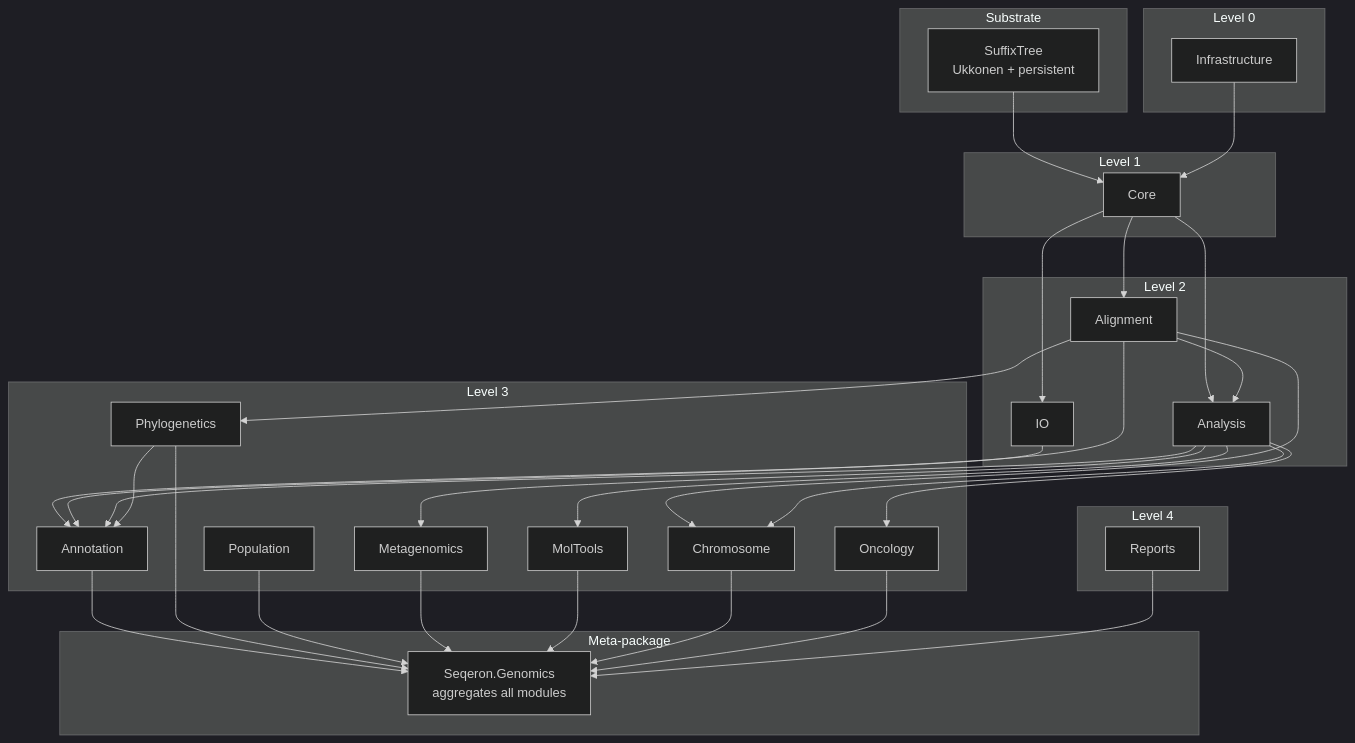
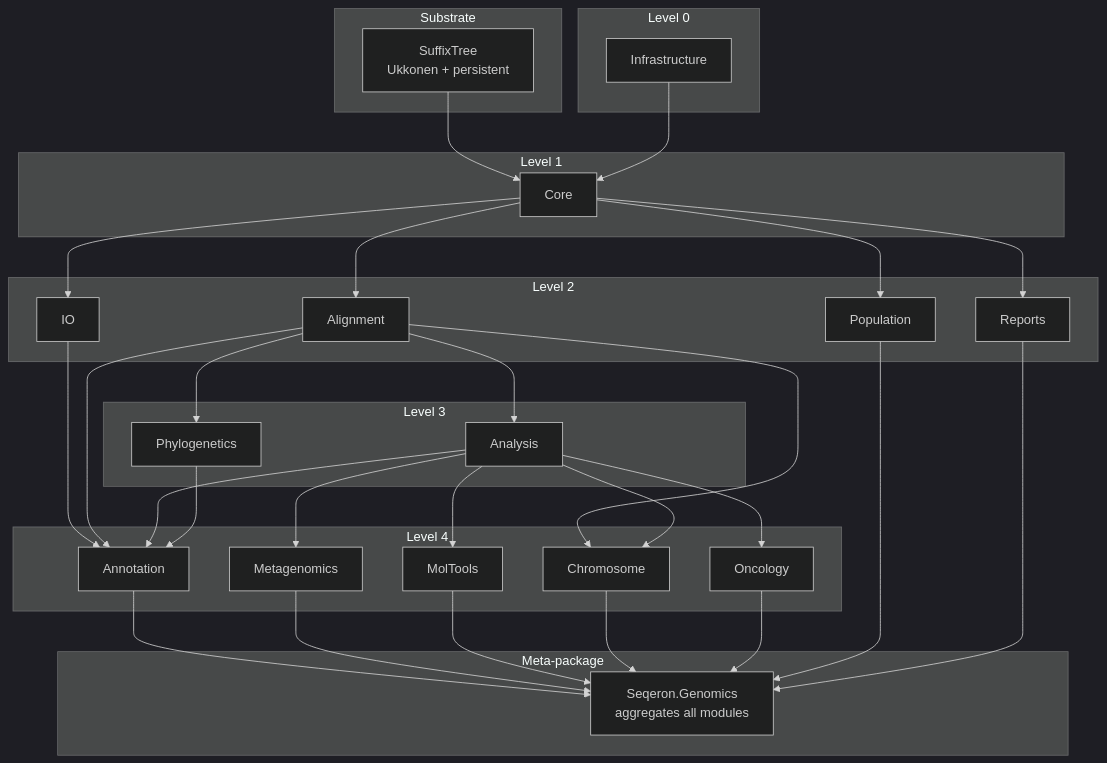
The second of 2 diagrams in README.md (AlexanderV/Seqeron), drawn with Mermaid (dark theme) before and after one commit. The commit also changed other lines of this file and 11 other files, not shown here.

First line of the commit message:
docs(readme): fix architecture diagram, refresh metrics, perfect examples

````diff
--- a/README.md
+++ b/README.md
@@ -299,59 +308,60 @@
 ```mermaid
 graph TD
     subgraph "Substrate"
         ST[SuffixTree<br/>Ukkonen + persistent]
     end
     subgraph "Level 0"
         INF[Infrastructure]
     end
     subgraph "Level 1"
         CORE[Core]
     end
     subgraph "Level 2"
         IO[IO]
         ALN[Alignment]
-        ANA[Analysis]
+        POP[Population]
+        REP[Reports]
     end
     subgraph "Level 3"
+        ANA[Analysis]
+        PHY[Phylogenetics]
+    end
+    subgraph "Level 4"
         ANN[Annotation]
-        PHY[Phylogenetics]
-        POP[Population]
         META[Metagenomics]
         MOL[MolTools]
         CHR[Chromosome]
         ONC[Oncology]
-    end
-    subgraph "Level 4"
-        REP[Reports]
     end
     subgraph "Meta-package"
         GEN[Seqeron.Genomics<br/>aggregates all modules]
     end
 
     ST --> CORE
     INF --> CORE
     CORE --> IO
     CORE --> ALN
-    CORE --> ANA
+    CORE --> POP
+    CORE --> REP
+
     ALN --> ANA
+    ALN --> PHY
 
-    ALN --> PHY
     ANA --> META
     ANA --> MOL
     ANA --> ONC
     ALN --> CHR
     ANA --> CHR
     IO --> ANN
     ALN --> ANN
     ANA --> ANN
     PHY --> ANN
 
     ANN --> GEN
-    PHY --> GEN
-    POP --> GEN
     META --> GEN
     MOL --> GEN
     CHR --> GEN
     ONC --> GEN
+    POP --> GEN
     REP --> GEN
 ```
````
